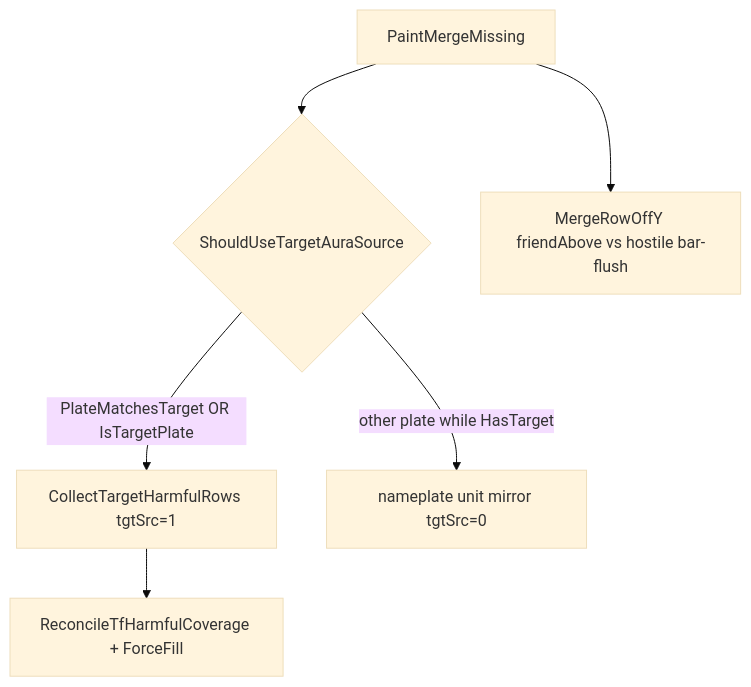
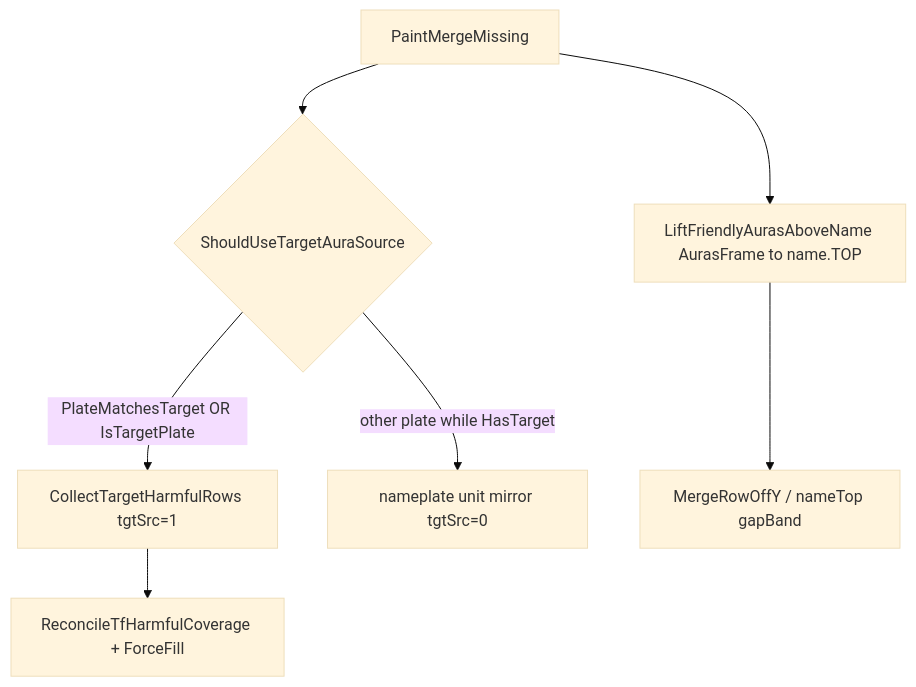
One commit to sirTurbisCZ/wow-forever-addons changed the third of 4 diagrams in addons/Plateband/Docs/loops.md. Above: the diagram before and after it, drawn with Mermaid (base theme). The commit also changed other lines of this file and 5 other files, not shown here.

First line of the commit message:
fix(Plateband): lift friendly aura band above name (0.3.25)

````diff
--- a/addons/Plateband/Docs/loops.md
+++ b/addons/Plateband/Docs/loops.md
@@ -39,8 +39,9 @@
 ```mermaid
 flowchart TD
   paint[PaintMergeMissing] --> gate{ShouldUseTargetAuraSource}
   gate -->|PlateMatchesTarget OR IsTargetPlate| tf[CollectTargetHarmfulRows tgtSrc=1]
   gate -->|other plate while HasTarget| unit[nameplate unit mirror tgtSrc=0]
   tf --> parity[ReconcileTfHarmfulCoverage + ForceFill]
-  paint --> offy[MergeRowOffY friendAbove vs hostile bar-flush]
+  paint --> lift[LiftFriendlyAurasAboveName AurasFrame to name.TOP]
+  lift --> offy[MergeRowOffY / nameTop gapBand]
 ```
````
